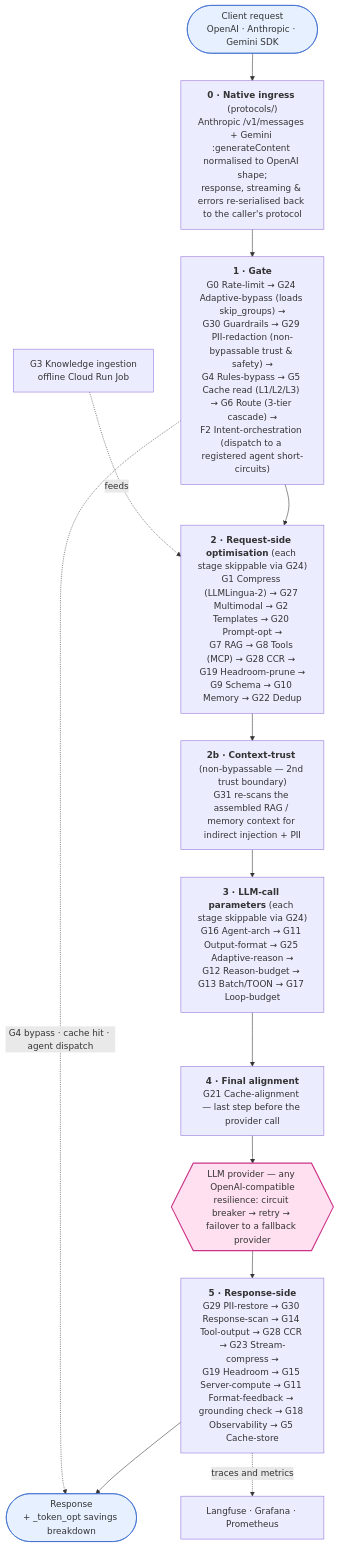
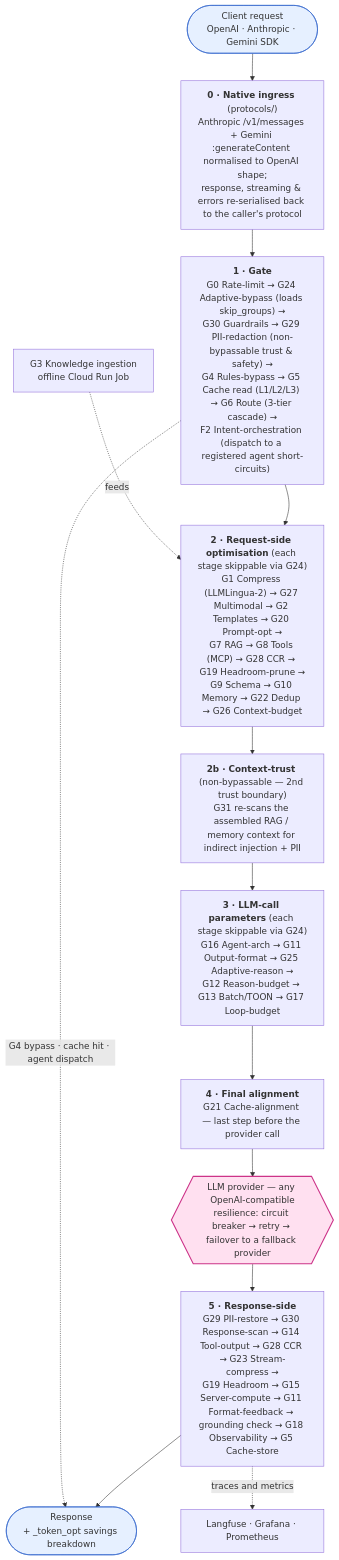
Before and after one commit to sumitdevgupto/TokenLean: the diagram in README.md, drawn with Mermaid. The commit also changed other lines of this file and 12 other files, not shown here.

Commit message:
feat(G26): budget-aware context management (BACM-style tiered compaction) + DS21 savings proof

````diff
--- a/README.md
+++ b/README.md
@@ -228,52 +228,52 @@
 ```mermaid
 flowchart TB
     Req(["`Client request
     OpenAI · Anthropic · Gemini SDK`"])
 
     Ingress["`**0 · Native ingress** (protocols/)
     Anthropic /v1/messages + Gemini :generateContent normalised to OpenAI shape;
     response, streaming & errors re-serialised back to the caller's protocol`"]
 
     Gate["`**1 · Gate**
     G0 Rate-limit → G24 Adaptive-bypass (loads skip_groups) →
     G30 Guardrails → G29 PII-redaction (non-bypassable trust & safety) →
     G4 Rules-bypass → G5 Cache read (L1/L2/L3) → G6 Route (3-tier cascade) →
     F2 Intent-orchestration (dispatch to a registered agent short-circuits)`"]
 
     ReqOpt["`**2 · Request-side optimisation** (each stage skippable via G24)
     G1 Compress (LLMLingua-2) → G27 Multimodal → G2 Templates → G20 Prompt-opt →
     G7 RAG → G8 Tools (MCP) → G28 CCR → G19 Headroom-prune →
-    G9 Schema → G10 Memory → G22 Dedup`"]
+    G9 Schema → G10 Memory → G22 Dedup → G26 Context-budget`"]
 
     CtxTrust["`**2b · Context-trust** (non-bypassable — 2nd trust boundary)
     G31 re-scans the assembled RAG / memory context for indirect injection + PII`"]
 
     Params["`**3 · LLM-call parameters** (each stage skippable via G24)
     G16 Agent-arch → G11 Output-format → G25 Adaptive-reason →
     G12 Reason-budget → G13 Batch/TOON → G17 Loop-budget`"]
 
     Align["`**4 · Final alignment**
     G21 Cache-alignment — last step before the provider call`"]
 
     LLM{{"`LLM provider — any OpenAI-compatible
     resilience: circuit breaker → retry → failover to a fallback provider`"}}
 
     Resp2["`**5 · Response-side**
     G29 PII-restore → G30 Response-scan → G14 Tool-output → G28 CCR → G23 Stream-compress →
     G19 Headroom → G15 Server-compute → G11 Format-feedback → grounding check → G18 Observability → G5 Cache-store`"]
 
     Out(["`Response
     + _token_opt savings breakdown`"])
 
     Req --> Ingress --> Gate --> ReqOpt --> CtxTrust --> Params --> Align --> LLM --> Resp2 --> Out
 
     Gate -.->|G4 bypass · cache hit · agent dispatch| Out
     Ingest["`G3 Knowledge ingestion
     offline Cloud Run Job`"] -.->|feeds| ReqOpt
     Resp2 -.->|traces and metrics| Dash["Langfuse · Grafana · Prometheus"]
 
     classDef llm fill:#ffe0f0,stroke:#cc3388,stroke-width:2px;
     classDef io fill:#e6f0ff,stroke:#3366cc;
     class LLM llm;
     class Req,Out io;
 ```
````
